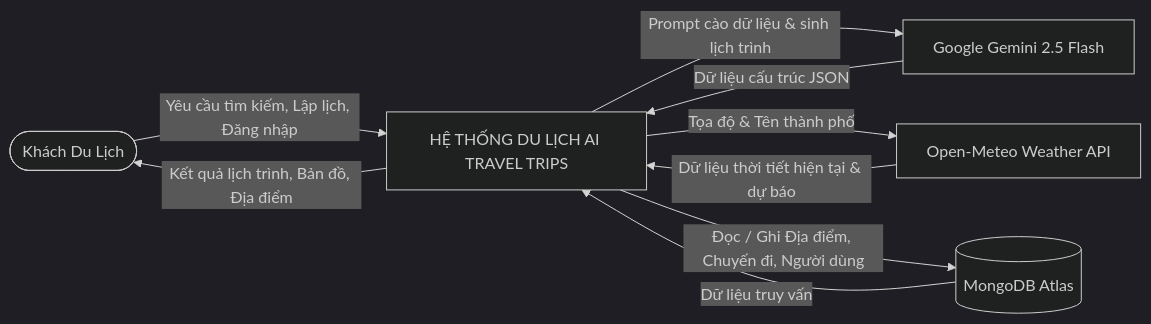
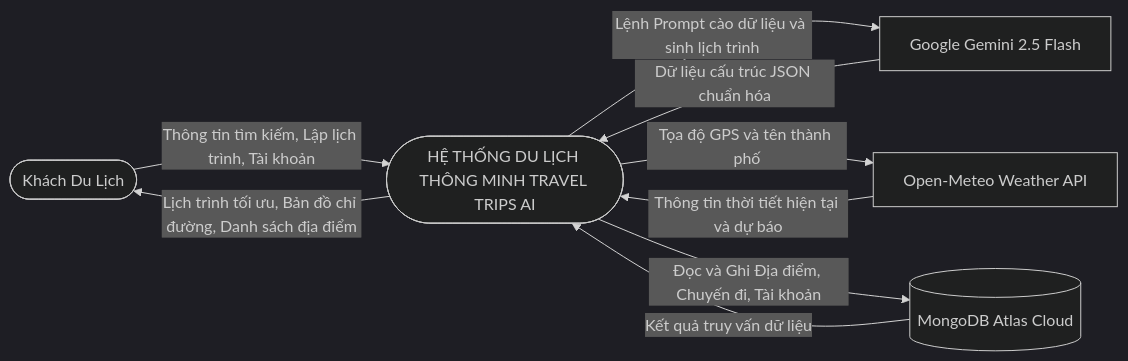
One commit to HexDen/Travel_Trips_Central_VietNam changed the sixth of 6 diagrams in README.md. Above: the diagram before and after it, drawn with Mermaid (dark theme). The commit also changed other lines of this file, not shown here.

Commit message:
fix: 100% Vietnamese mermaid diagrams and detailed presentation guide

````diff
--- a/README.md
+++ b/README.md
@@ -278,20 +278,20 @@
 ```mermaid
 flowchart LR
-    User([Khách Du Lịch])
-    System[HỆ THỐNG DU LỊCH AI TRAVEL TRIPS]
-    Gemini[Google Gemini 2.5 Flash]
-    Weather[Open-Meteo Weather API]
-    DB[(MongoDB Atlas)]
+    KhachDuLich(["Khách Du Lịch"])
+    HeThong(["HỆ THỐNG DU LỊCH THÔNG MINH TRAVEL TRIPS AI"])
+    GeminiAI["Google Gemini 2.5 Flash"]
+    DichVuThoiTiet["Open-Meteo Weather API"]
+    CSDLDamMay[("MongoDB Atlas Cloud")]
 
-    User -->|Yêu cầu tìm kiếm, Lập lịch, Đăng nhập| System
-    System -->|Kết quả lịch trình, Bản đồ, Địa điểm| User
+    KhachDuLich -->|Thông tin tìm kiếm, Lập lịch trình, Tài khoản| HeThong
+    HeThong -->|Lịch trình tối ưu, Bản đồ chỉ đường, Danh sách địa điểm| KhachDuLich
 
-    System -->|Prompt cào dữ liệu & sinh lịch trình| Gemini
-    Gemini -->|Dữ liệu cấu trúc JSON| System
+    HeThong -->|Lệnh Prompt cào dữ liệu và sinh lịch trình| GeminiAI
+    GeminiAI -->|Dữ liệu cấu trúc JSON chuẩn hóa| HeThong
 
-    System -->|Tọa độ & Tên thành phố| Weather
-    Weather -->|Dữ liệu thời tiết hiện tại & dự báo| System
+    HeThong -->|Tọa độ GPS và tên thành phố| DichVuThoiTiet
+    DichVuThoiTiet -->|Thông tin thời tiết hiện tại và dự báo| HeThong
 
-    System -->|Đọc / Ghi Địa điểm, Chuyến đi, Người dùng| DB
-    DB -->|Dữ liệu truy vấn| System
+    HeThong -->|Đọc và Ghi Địa điểm, Chuyến đi, Tài khoản| CSDLDamMay
+    CSDLDamMay -->|Kết quả truy vấn dữ liệu| HeThong
 ```
````
